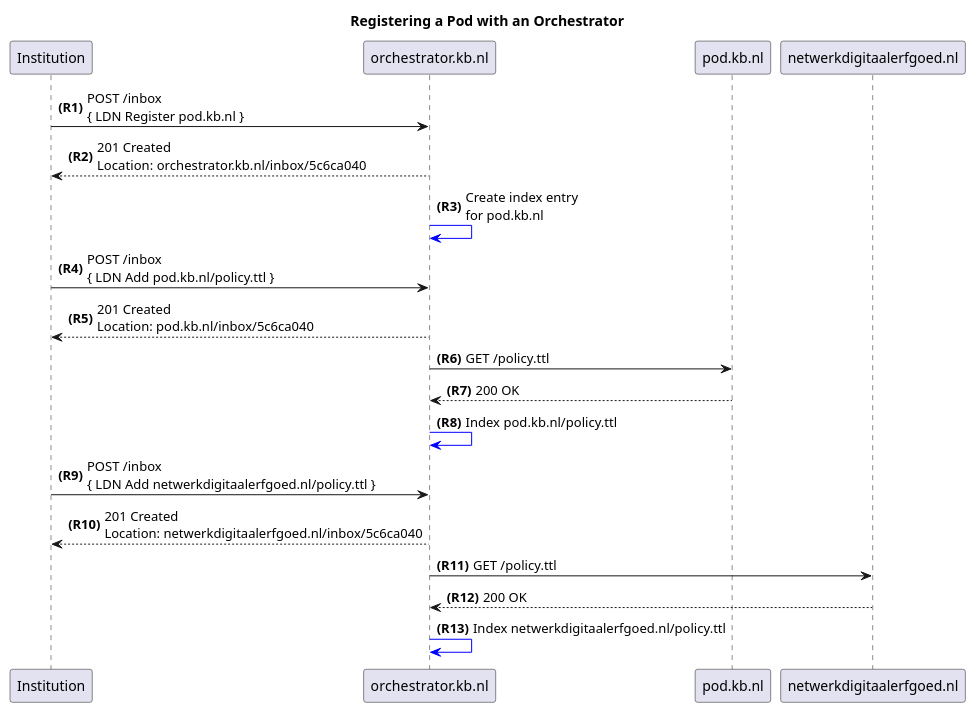
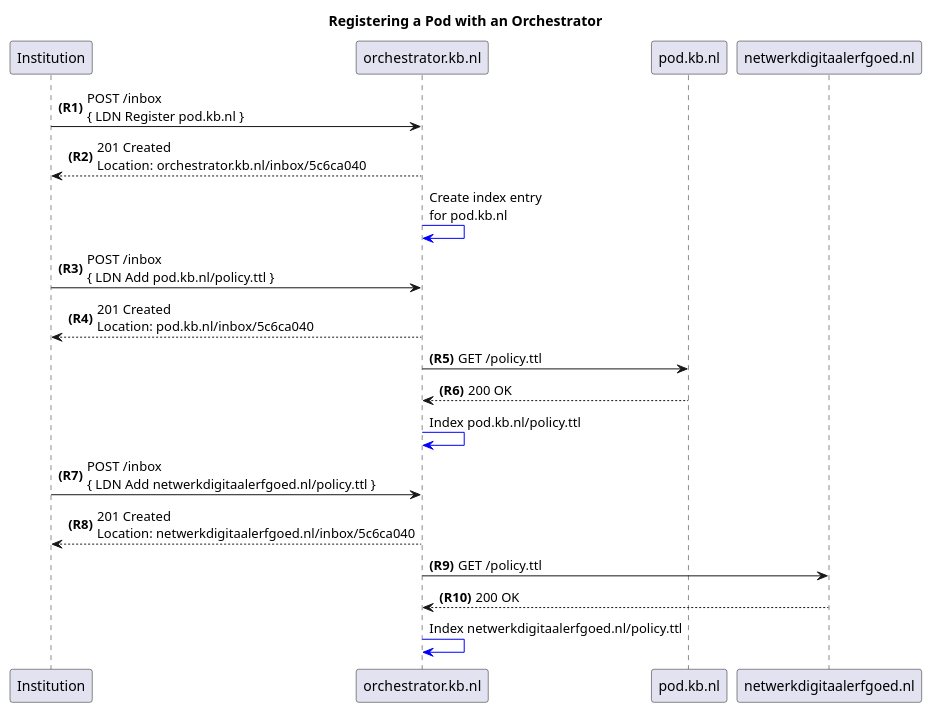
The diagram in register-with-orchestrator.puml (mielvds/erfgoedpod-sequences), drawn with PlantUML before and after one commit. The commit also changed 3 other files, not shown here.

```diff
--- a/register-with-orchestrator.puml
+++ b/register-with-orchestrator.puml
@@ -1,33 +1,40 @@
 @startuml
 
 title
  Registering a Pod with an Orchestrator
 end title
 
 autonumber "<b>(R0)"
 participant Institution as I
 participant orchestrator.kb.nl as O
 participant pod.kb.nl as Pod
 participant netwerkdigitaalerfgoed.nl as NDE
 
 
 I -> O : POST /inbox\n{ LDN Register pod.kb.nl }
 I <-- O : 201 Created\nLocation: orchestrator.kb.nl/inbox/5c6ca040
 
+autonumber stop
 O -[#0000FF]> O: Create index entry\nfor pod.kb.nl
 
+autonumber resume
 I -> O : POST /inbox\n{ LDN Add pod.kb.nl/policy.ttl }
 I <-- O : 201 Created\nLocation: pod.kb.nl/inbox/5c6ca040
 
 O -> Pod: GET /policy.ttl
 O <-- Pod: 200 OK
+
+autonumber stop
 O -[#0000FF]> O: Index pod.kb.nl/policy.ttl
 
+autonumber resume
 I -> O : POST /inbox\n{ LDN Add netwerkdigitaalerfgoed.nl/policy.ttl }
 I <-- O : 201 Created\nLocation: netwerkdigitaalerfgoed.nl/inbox/5c6ca040
 
 O -> NDE: GET /policy.ttl
 O <-- NDE: 200 OK
+
+autonumber stop
 O -[#0000FF]> O: Index netwerkdigitaalerfgoed.nl/policy.ttl
 
 @enduml
```
